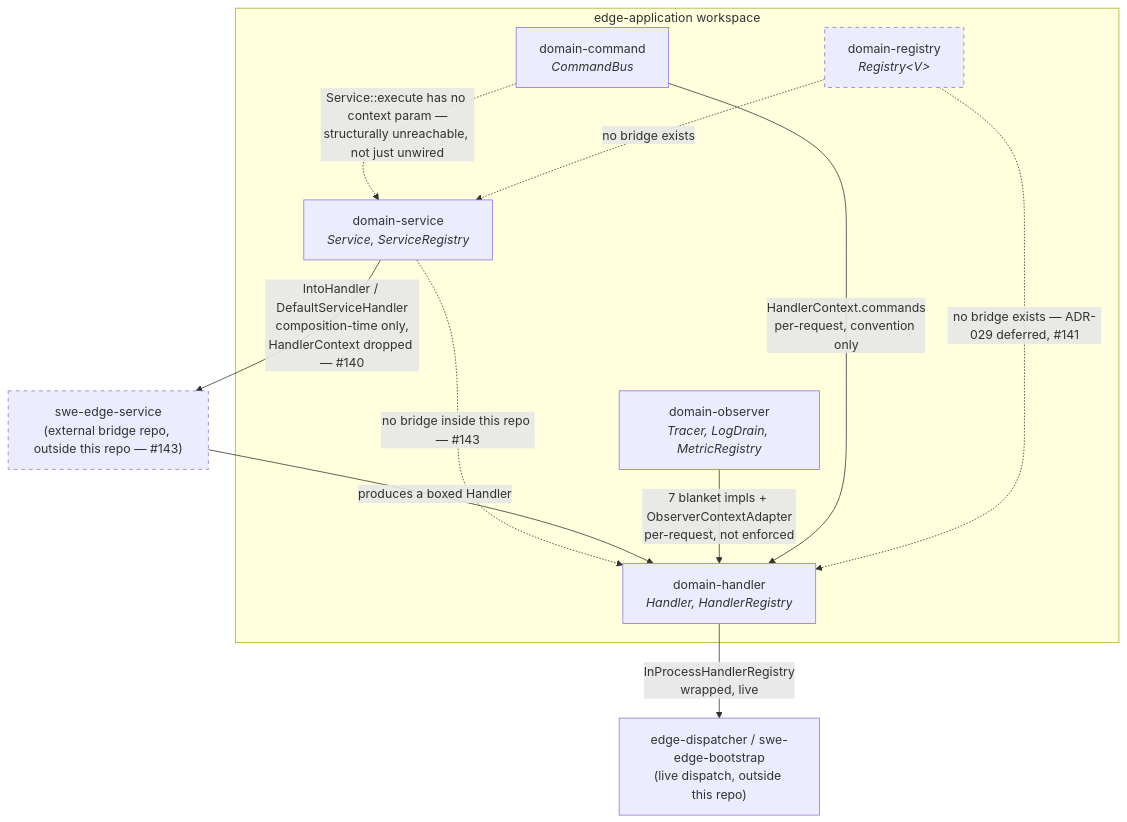
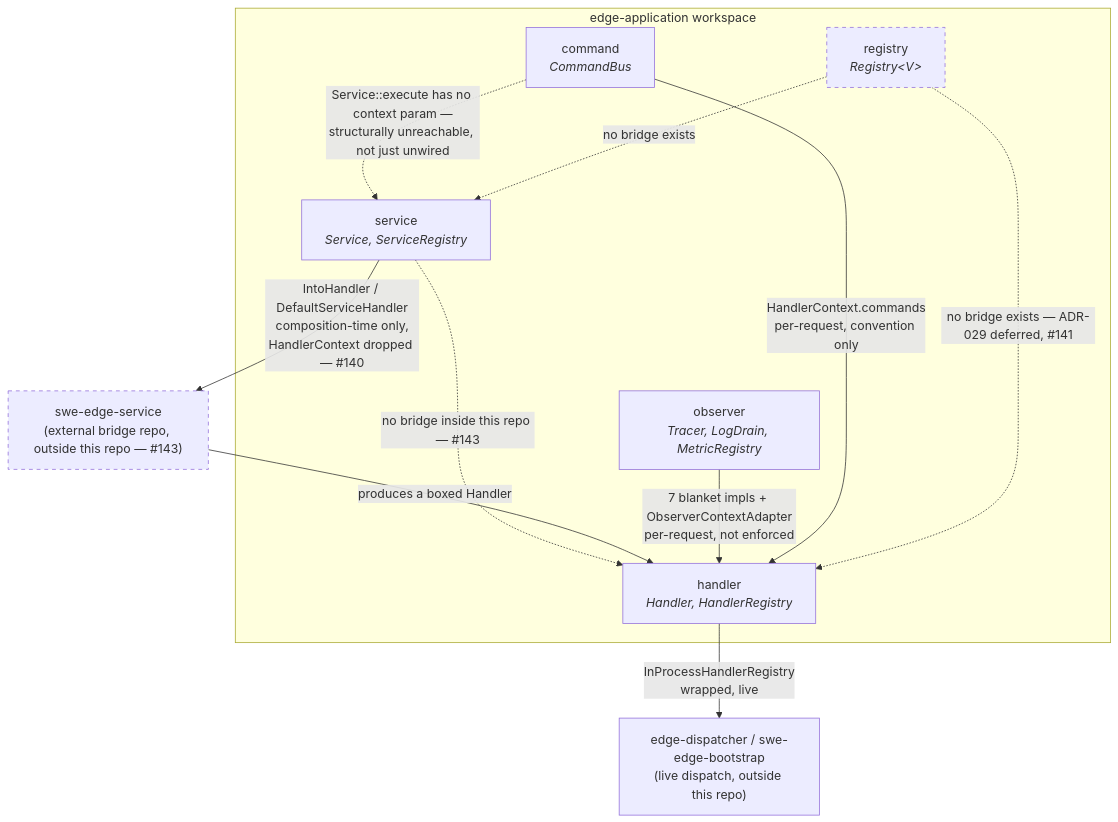
Before and after one commit to sweengineeringlabs/edge-domain: the diagram in scm/docs/3-design/architecture.md, drawn with Mermaid. The commit also changed other lines of this file and 1325 other files, not shown here.

````diff
--- a/scm/docs/3-design/architecture.md
+++ b/scm/docs/3-design/architecture.md
@@ -92,26 +92,26 @@
 ```mermaid
 graph TB
     subgraph app["edge-application workspace"]
-        Handler["domain-handler<br/><i>Handler, HandlerRegistry</i>"]
-        Service["domain-service<br/><i>Service, ServiceRegistry</i>"]
-        Observer["domain-observer<br/><i>Tracer, LogDrain, MetricRegistry</i>"]
-        Command["domain-command<br/><i>CommandBus</i>"]
-        Registry["domain-registry<br/><i>Registry&lt;V&gt;</i>"]
+        Handler["handler<br/><i>Handler, HandlerRegistry</i>"]
+        Service["service<br/><i>Service, ServiceRegistry</i>"]
+        Observer["observer<br/><i>Tracer, LogDrain, MetricRegistry</i>"]
+        Command["command<br/><i>CommandBus</i>"]
+        Registry["registry<br/><i>Registry&lt;V&gt;</i>"]
     end
 
     Bridge["swe-edge-service<br/>(external bridge repo, outside this repo — #143)"]
     Consumer["edge-dispatcher / swe-edge-bootstrap<br/>(live dispatch, outside this repo)"]
 
     Service -.->|"no bridge inside this repo — #143"| Handler
     Service -->|"IntoHandler / DefaultServiceHandler<br/>composition-time only,<br/>HandlerContext dropped — #140"| Bridge
     Bridge -->|"produces a boxed Handler"| Handler
     Observer -->|"7 blanket impls + ObserverContextAdapter<br/>per-request, not enforced"| Handler
     Command -->|"HandlerContext.commands<br/>per-request, convention only"| Handler
     Command -.->|"Service::execute has no context param —<br/>structurally unreachable, not just unwired"| Service
     Handler -->|"InProcessHandlerRegistry<br/>wrapped, live"| Consumer
     Registry -.->|"no bridge exists — ADR-029 deferred, #141"| Handler
     Registry -.->|"no bridge exists"| Service
 
     style Registry stroke-dasharray: 5 5
     style Bridge stroke-dasharray: 5 5
 ```
````
